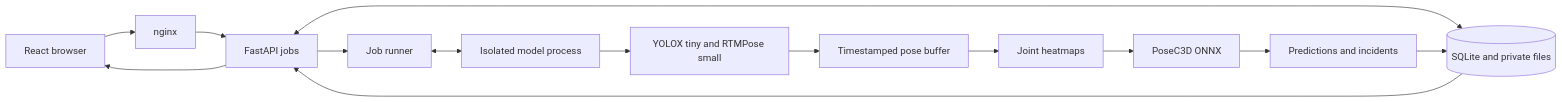
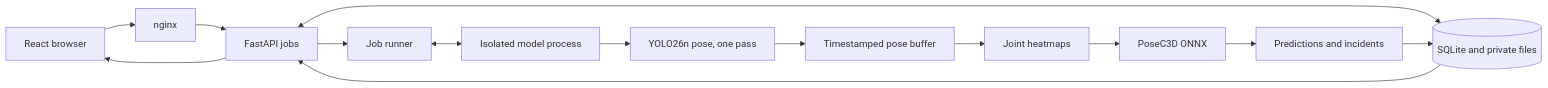
Before and after one commit to vihaanbishnoi/ICare: the diagram in README.md, drawn with Mermaid. The commit also changed other lines of this file and 17 other files, not shown here.

First line of the commit message:
Replace YOLOX-tiny + RTMPose-s with one-shot YOLO26n-pose

````diff
--- a/README.md
+++ b/README.md
@@ -27,16 +27,16 @@
 ```mermaid
 flowchart LR
     Browser[React browser] --> Proxy[nginx]
     Proxy --> API[FastAPI jobs]
     API --> Worker[Job runner]
     API <--> Store[(SQLite and private files)]
     Worker <--> Engine[Isolated model process]
-    Engine --> Pose[YOLOX tiny and RTMPose small]
+    Engine --> Pose[YOLO26n pose, one pass]
     Pose --> Buffer[Timestamped pose buffer]
     Buffer --> Heatmaps[Joint heatmaps]
     Heatmaps --> Model[PoseC3D ONNX]
     Model --> Results[Predictions and incidents]
     Results --> Store
     Store --> API
     API --> Browser
 ```
````
